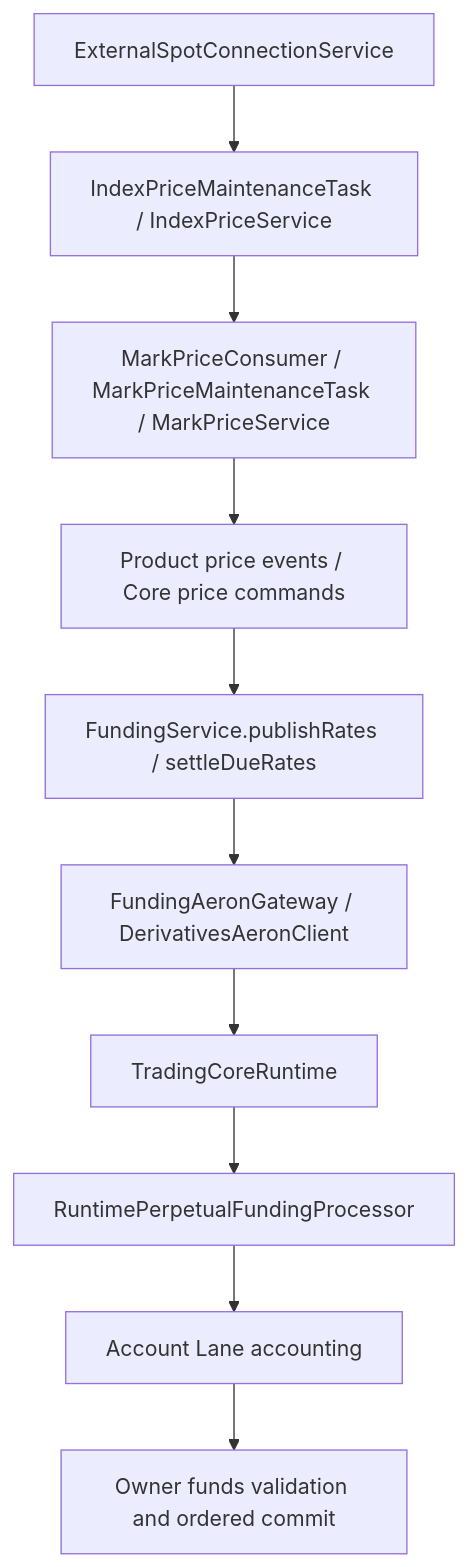
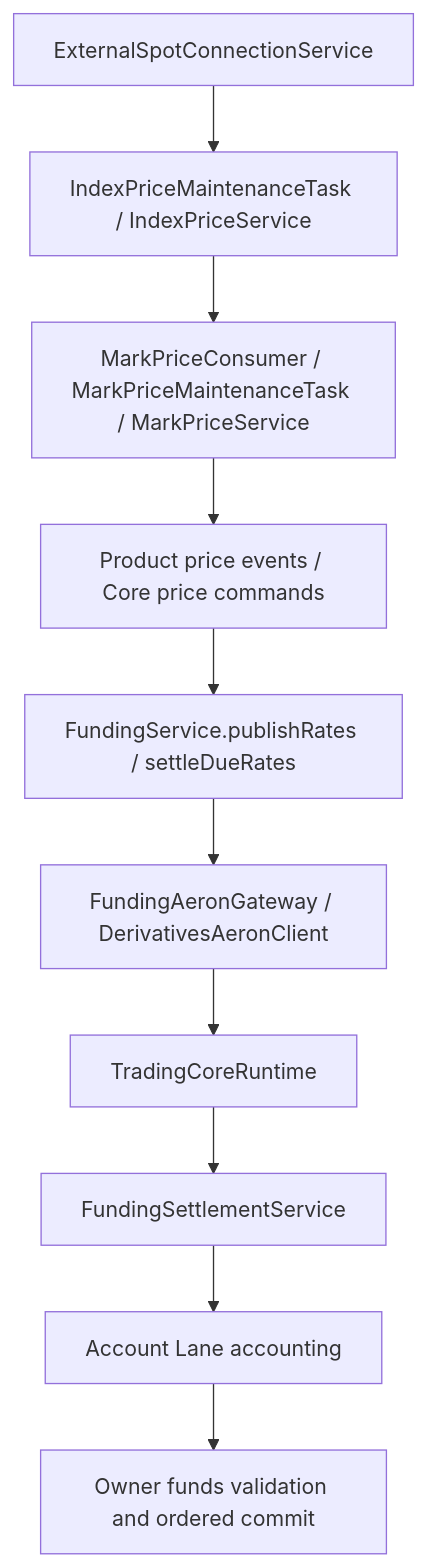
The ninth of 15 diagrams in README.md (lilaizhencn/surprising-ex), drawn with Mermaid before and after one commit. The commit also changed other lines of this file and 14 other files, not shown here.

First line of the commit message:
docs(aeron): align architecture docs with the current order path

````diff
--- a/README.md
+++ b/README.md
@@ -237,12 +236,12 @@
 ```mermaid
 flowchart TB
     Feed[ExternalSpotConnectionService] --> Index[IndexPriceMaintenanceTask / IndexPriceService]
     Index --> Mark[MarkPriceConsumer / MarkPriceMaintenanceTask / MarkPriceService]
     Mark --> Inputs[Product price events / Core price commands]
     Inputs --> Funding[FundingService.publishRates / settleDueRates]
     Funding --> FG[FundingAeronGateway / DerivativesAeronClient]
     FG --> Core[TradingCoreRuntime]
-    Core --> FP[RuntimePerpetualFundingProcessor]
+    Core --> FP[FundingSettlementService]
     FP --> Lanes[Account Lane accounting]
     Lanes --> Commit[Owner funds validation and ordered commit]
 ```
````
